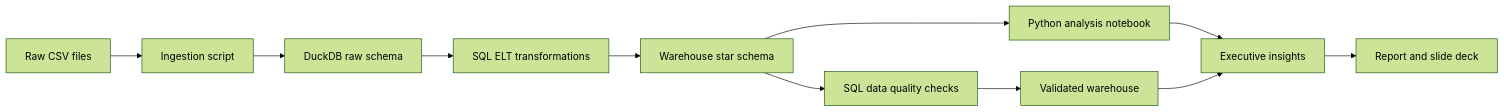
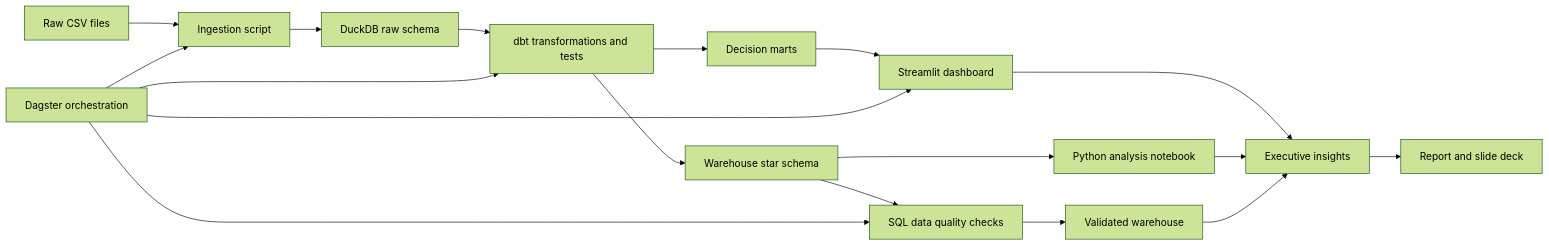
One commit to piloiv/module2-data-engineering-project changed the diagram in docs/diagrams/pipeline_architecture.mmd. Above: the diagram before and after it, drawn with Mermaid (forest theme). The commit also changed 38 other files, not shown here.

```diff
--- a/docs/diagrams/pipeline_architecture.mmd
+++ b/docs/diagrams/pipeline_architecture.mmd
@@ -1,11 +1,18 @@
 flowchart LR
     A["Raw CSV files"] --> B["Ingestion script"]
     B --> C["DuckDB raw schema"]
-    C --> D["SQL ELT transformations"]
+    C --> D["dbt transformations and tests"]
     D --> E["Warehouse star schema"]
-    E --> F["SQL data quality checks"]
-    E --> G["Python analysis notebook"]
-    F --> H["Validated warehouse"]
-    G --> I["Executive insights"]
-    H --> I
-    I --> J["Report and slide deck"]
+    D --> F["Decision marts"]
+    E --> G["SQL data quality checks"]
+    F --> H["Streamlit dashboard"]
+    E --> I["Python analysis notebook"]
+    G --> J["Validated warehouse"]
+    H --> K["Executive insights"]
+    I --> K
+    J --> K
+    K --> L["Report and slide deck"]
+    M["Dagster orchestration"] --> B
+    M --> D
+    M --> G
+    M --> H
```
